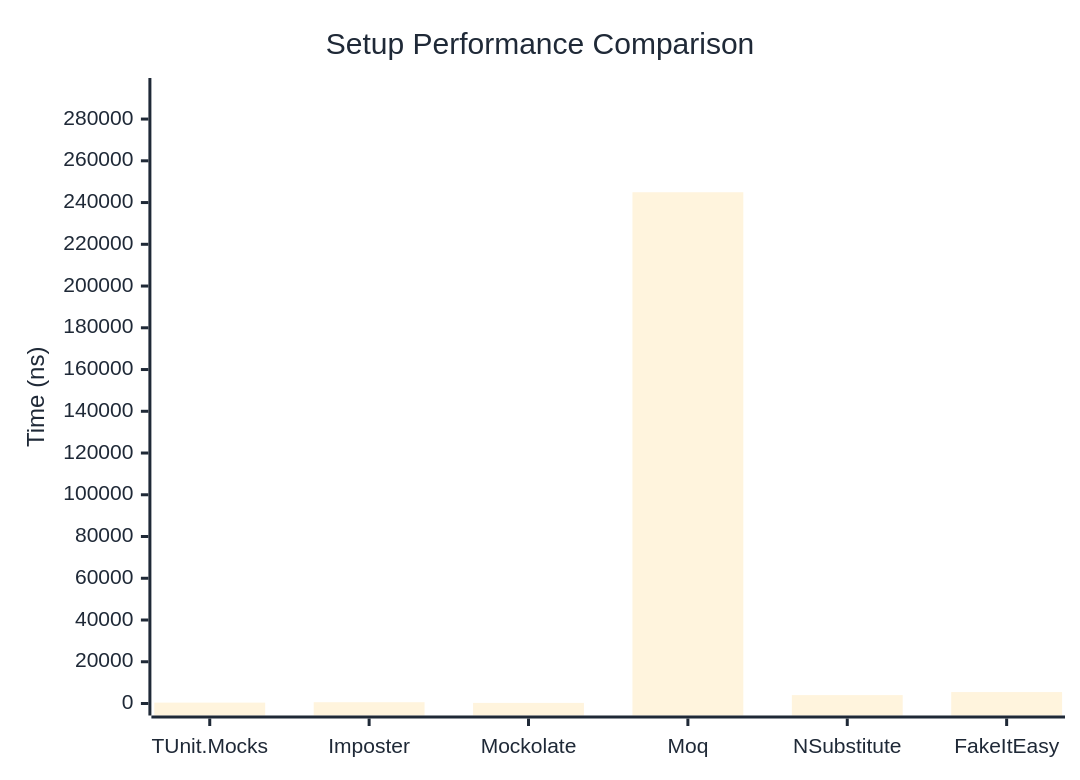
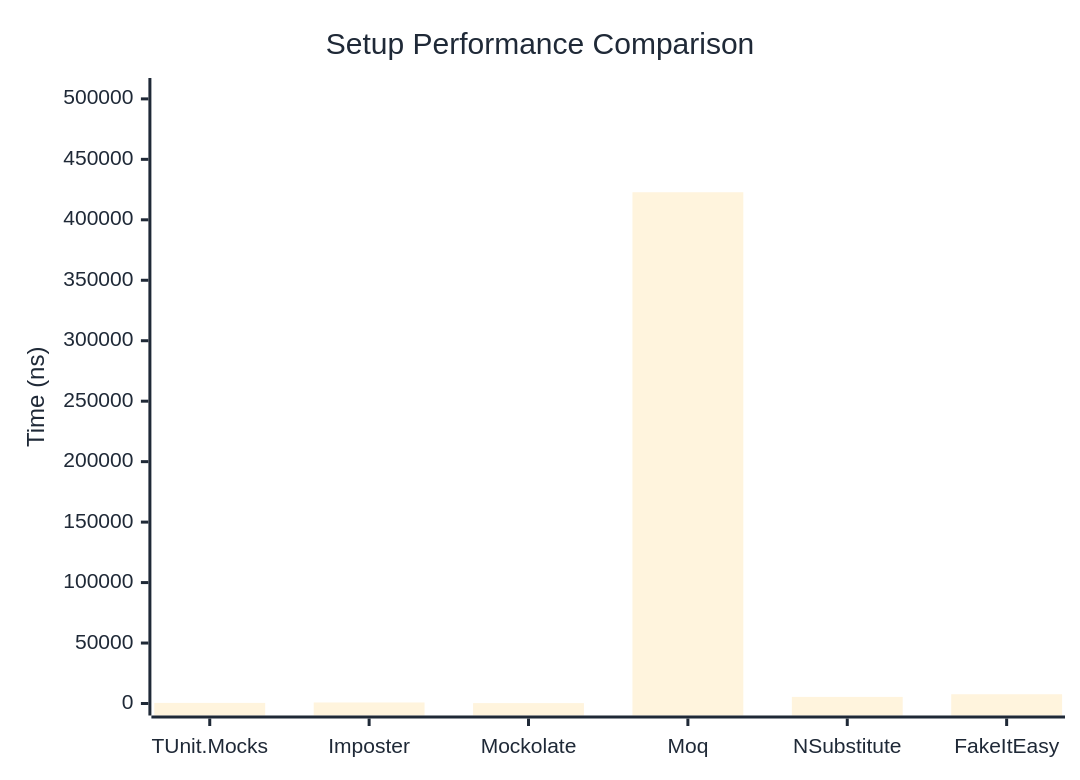
Before and after one commit to thomhurst/TUnit: the first of 2 diagrams in docs/docs/benchmarks/mocks/Setup.md, drawn with Mermaid. The commit also changed other lines of this file and 14 other files, not shown here.

````diff
--- a/docs/docs/benchmarks/mocks/Setup.md
+++ b/docs/docs/benchmarks/mocks/Setup.md
@@ -28,27 +28,27 @@
 ```mermaid
 %%{init: {
   'theme':'base',
   'themeVariables': {
     'primaryColor': '#2563eb',
     'primaryTextColor': '#1f2937',
     'primaryBorderColor': '#1e40af',
     'lineColor': '#6b7280',
     'secondaryColor': '#7c3aed',
     'tertiaryColor': '#dc2626',
     'background': '#ffffff',
     'pie1': '#2563eb',
     'pie2': '#7c3aed',
     'pie3': '#dc2626',
     'pie4': '#f59e0b',
     'pie5': '#10b981',
     'pie6': '#06b6d4',
     'pie7': '#ec4899',
     'pie8': '#6366f1'
   }
 }}%%
 xychart-beta
   title "Setup Performance Comparison"
   x-axis ["TUnit.Mocks", "Imposter", "Mockolate", "Moq", "NSubstitute", "FakeItEasy"]
-  y-axis "Time (ns)" 0 --> 293921
-  bar [418.1, 618.4, 286.5, 244933.5, 4016.2, 5476.4]
+  y-axis "Time (ns)" 0 --> 507342
+  bar [499, 835.6, 325.1, 422785, 5450, 7651.3]
 ```
````
